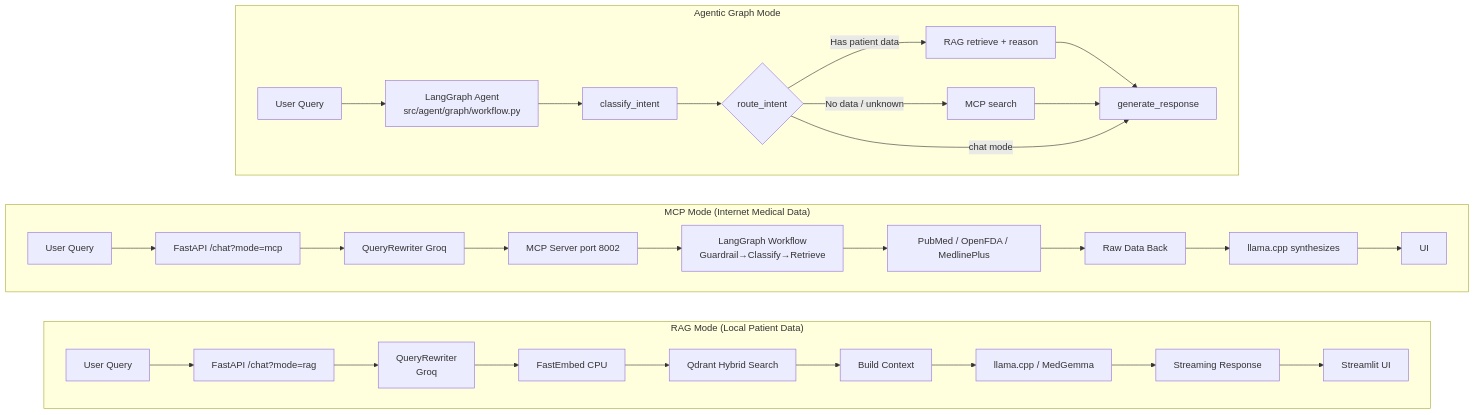
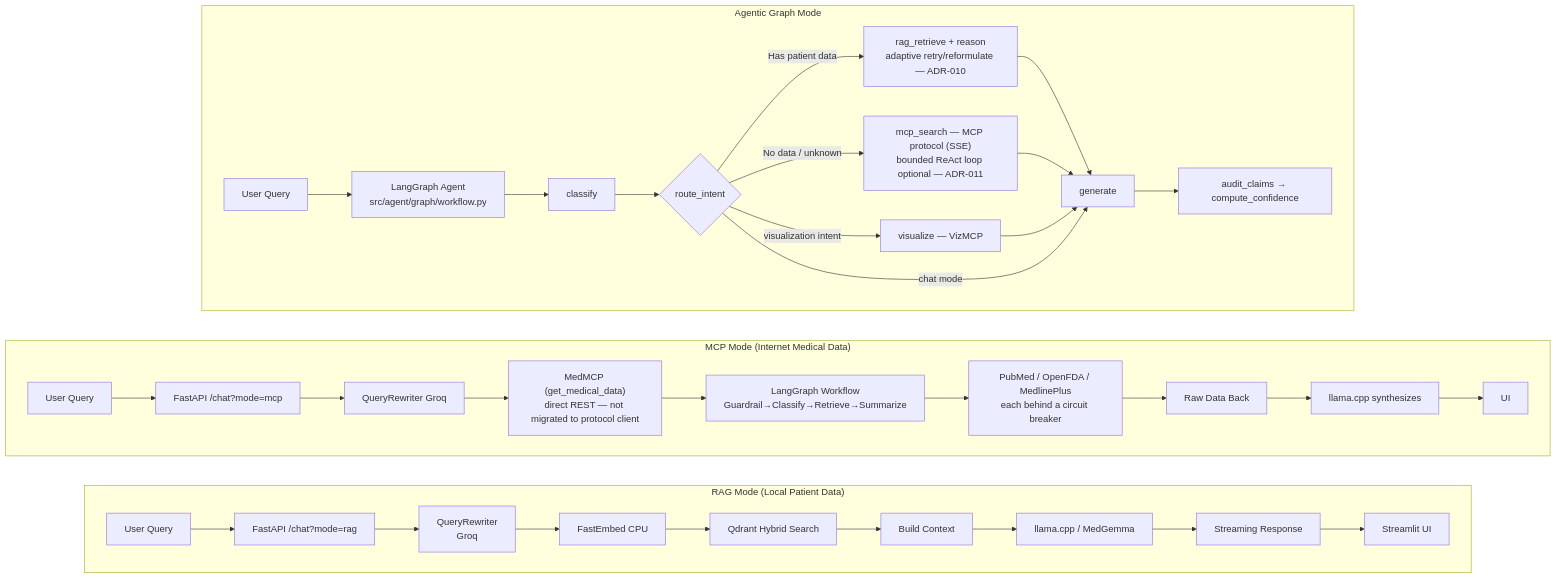
Before and after one commit to Belal0066/CFI-Care: the second of 6 diagrams in ai/src/ai/context.md, drawn with Mermaid. The commit also changed other lines of this file and 5 other files, not shown here.

````diff
--- a/ai/src/ai/context.md
+++ b/ai/src/ai/context.md
@@ -111,38 +114,41 @@
 ```mermaid
 flowchart LR
     subgraph "RAG Mode (Local Patient Data)"
         direction LR
         A1[User Query] --> B1[FastAPI /chat?mode=rag]
         B1 --> C1[QueryRewriter<br/>Groq]
         C1 --> D1[FastEmbed CPU]
         D1 --> E1[Qdrant Hybrid Search]
         E1 --> F1[Build Context]
         F1 --> G1[llama.cpp / MedGemma]
         G1 --> H1[Streaming Response]
         H1 --> I1[Streamlit UI]
     end
 
     subgraph "MCP Mode (Internet Medical Data)"
         direction LR
         A2[User Query] --> B2[FastAPI /chat?mode=mcp]
         B2 --> C2[QueryRewriter Groq]
-        C2 --> D2[MCP Server port 8002]
-        D2 --> E2[LangGraph Workflow<br/>Guardrail→Classify→Retrieve]
-        E2 --> F2[PubMed / OpenFDA / MedlinePlus]
+        C2 --> D2["MedMCP (get_medical_data)<br/>direct REST — not migrated to protocol client"]
+        D2 --> E2[LangGraph Workflow<br/>Guardrail→Classify→Retrieve→Summarize]
+        E2 --> F2[PubMed / OpenFDA / MedlinePlus<br/>each behind a circuit breaker]
         F2 --> G2[Raw Data Back]
         G2 --> H2[llama.cpp synthesizes]
         H2 --> I2[UI]
     end
 
     subgraph "Agentic Graph Mode"
         direction LR
         A3[User Query] --> B3[LangGraph Agent<br/>src/agent/graph/workflow.py]
-        B3 --> C3[classify_intent]
+        B3 --> C3[classify]
         C3 --> D3{route_intent}
-        D3 -->|Has patient data| E3[RAG retrieve + reason]
-        D3 -->|No data / unknown| F3[MCP search]
-        E3 --> G3[generate_response]
+        D3 -->|Has patient data| E3[rag_retrieve + reason<br/>adaptive retry/reformulate — ADR-010]
+        D3 -->|No data / unknown| F3["mcp_search — MCP protocol (SSE)<br/>bounded ReAct loop optional — ADR-011"]
+        D3 -->|visualization intent| Z3[visualize — VizMCP]
+        E3 --> G3[generate]
         F3 --> G3
+        Z3 --> G3
         D3 -->|chat mode| G3
+        G3 --> H3[audit_claims → compute_confidence]
     end
 ```
````
